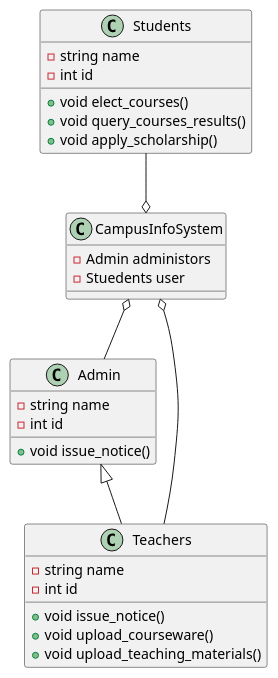
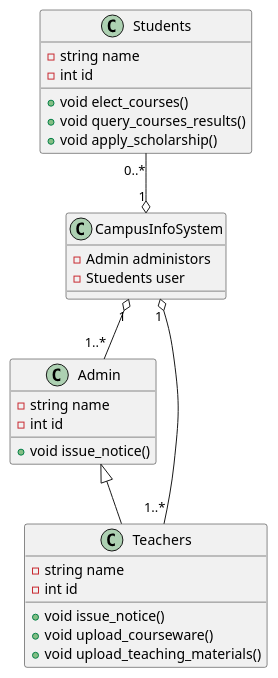
The diagram in UML/TeamWork/ClassCampusInfoPlatform.wsd (ACupofAir/SEU-Java-Course), drawn with PlantUML before and after one commit. The commit also changed 18 other files, not shown here.

```diff
--- a/UML/TeamWork/ClassCampusInfoPlatform.wsd
+++ b/UML/TeamWork/ClassCampusInfoPlatform.wsd
@@ -1,39 +1,39 @@
 @startuml ClassCampusInfoPlatform
-                         
-class Students {         
-  -string name           
-  -int id                
-                         
-  +void elect_courses()  
+                            
+class Students {            
+  -string name              
+  -int id                   
+                            
+  +void elect_courses()     
   +void query_courses_results()
   +void apply_scholarship() 
                              
 }                            
                              
 class Admin {                
-  -string name              
-  -int id                        
-                                  
-  +void issue_notice()            
-}                                 
-                                  
-class Teachers extends Admin{     
-  -string name                    
-  -int id                         
-                                  
+  -string name                      
+  -int id                           
+                                    
+  +void issue_notice()              
+}                                   
+                                    
+class Teachers extends Admin{       
+  -string name                      
+  -int id                           
+                                    
   +void issue_notice()              
   +void upload_courseware()         
-  +void upload_teaching_materials()
-                                  
-}                                 
-                                 
-class CampusInfoSystem {         
-  -Admin administors             
-  -Stuedents user                
-}                                
-                                 
-CampusInfoSystem o-- Admin       
-CampusInfoSystem o-- Teachers    
-CampusInfoSystem o-up- Students
-                                  
-@enduml                           
+  +void upload_teaching_materials() 
+                                    
+}                                   
+                                    
+class CampusInfoSystem {            
+  -Admin administors                
+  -Stuedents user                   
+}                                   
+                                    
+CampusInfoSystem "1" o-- "1..*" Admin       
+CampusInfoSystem "1" o-- "1..*" Teachers    
+CampusInfoSystem "1" o-up- "0..*" Students 
+                                    
+@enduml                             
```
